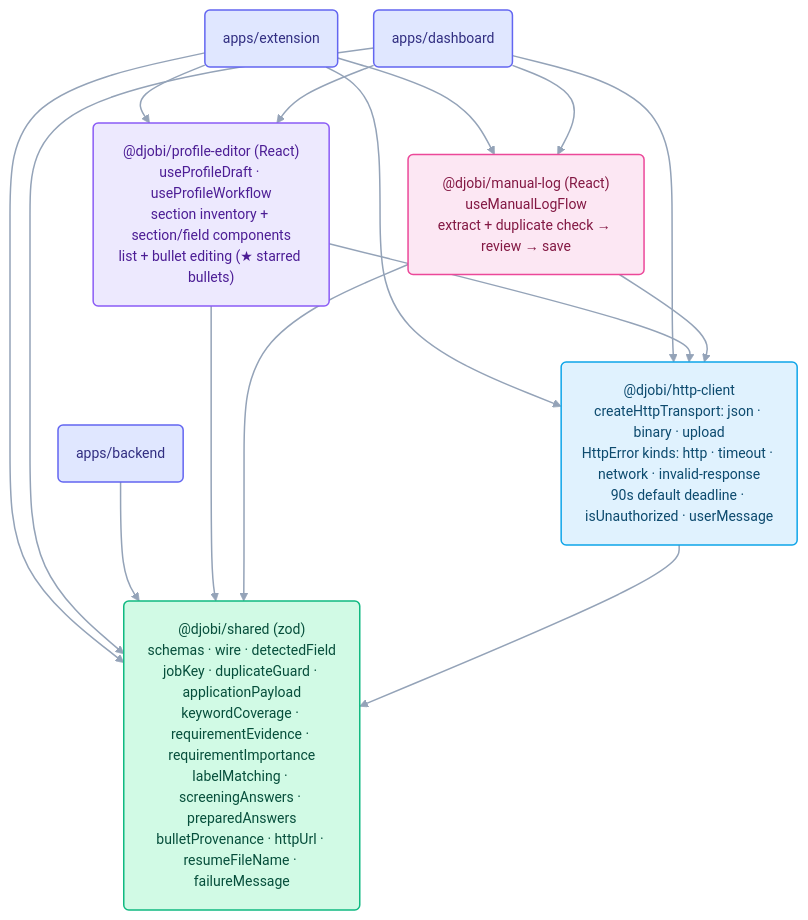
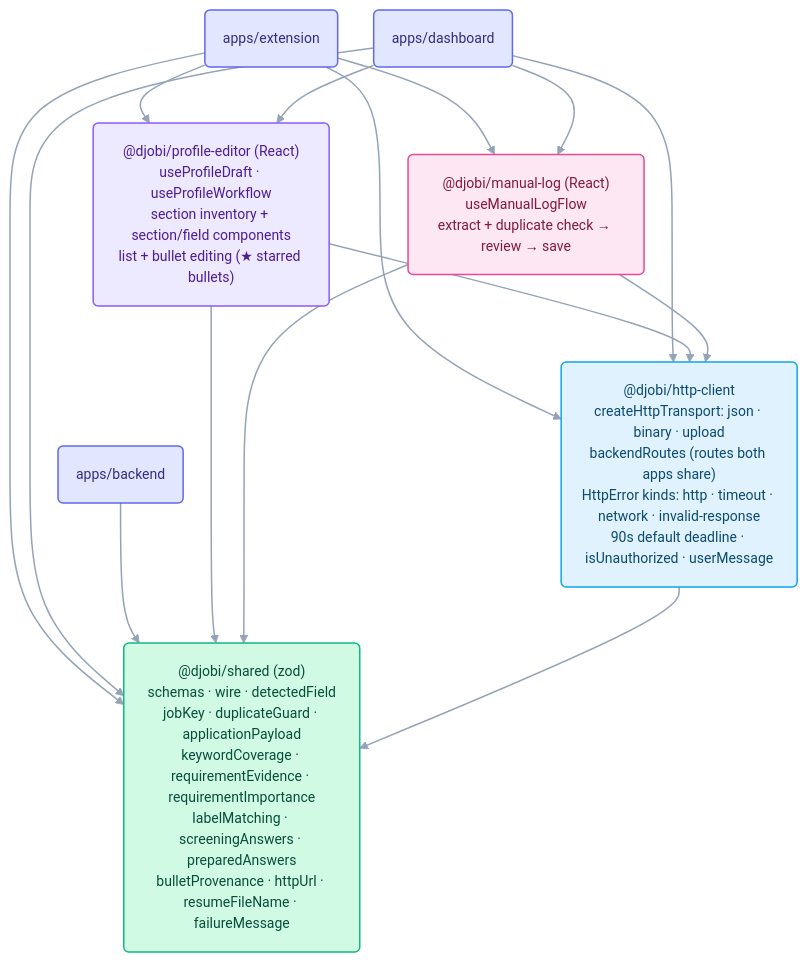
The diagram in packages/README.md (Akhtam/djobi), drawn with Mermaid before and after one commit. The commit also changed other lines of this file and 227 other files, not shown here.

````diff
--- a/packages/README.md
+++ b/packages/README.md
@@ -8,55 +8,55 @@
 ```mermaid
 ---
 config:
   theme: base
   themeVariables:
     fontFamily: "-apple-system, BlinkMacSystemFont, Segoe UI, Helvetica, Arial, sans-serif"
     fontSize: "14px"
     primaryColor: "#f1f5f9"
     primaryBorderColor: "#94a3b8"
     primaryTextColor: "#0f172a"
     textColor: "#334155"
     lineColor: "#94a3b8"
     edgeLabelBackground: "#f8fafc"
     clusterBkg: "#f8fafc"
     clusterBorder: "#cbd5e1"
     titleColor: "#64748b"
   flowchart:
     curve: basis
     padding: 18
     nodeSpacing: 36
     rankSpacing: 56
 ---
 flowchart TB
   ext("apps/extension")
   dash("apps/dashboard")
   backend("apps/backend")
 
-  http("@djobi/http-client<br/>createHttpTransport: json · binary · upload<br/>HttpError kinds: http · timeout · network · invalid-response<br/>90s default deadline · isUnauthorized · userMessage")
+  http("@djobi/http-client<br/>createHttpTransport: json · binary · upload<br/>backendRoutes (routes both apps share)<br/>HttpError kinds: http · timeout · network · invalid-response<br/>90s default deadline · isUnauthorized · userMessage")
   editor("@djobi/profile-editor (React)<br/>useProfileDraft · useProfileWorkflow<br/>section inventory + section/field components<br/>list + bullet editing (★ starred bullets)")
   manualLog("@djobi/manual-log (React)<br/>useManualLogFlow<br/>extract + duplicate check → review → save")
   shared("@djobi/shared (zod)<br/>schemas · wire · detectedField<br/>jobKey · duplicateGuard · applicationPayload<br/>keywordCoverage · requirementEvidence · requirementImportance<br/>labelMatching · screeningAnswers · preparedAnswers<br/>bulletProvenance · httpUrl · resumeFileName · failureMessage")
 
   ext --> http & editor & manualLog & shared
   dash --> http & editor & manualLog & shared
   backend --> shared
   editor --> http & shared
   manualLog --> http & shared
   http --> shared
 
   classDef page fill:#ffedd5,stroke:#f97316,stroke-width:1.5px,color:#7c2d12
   classDef worker fill:#fce7f3,stroke:#ec4899,stroke-width:1.5px,color:#831843
   classDef ui fill:#ede9fe,stroke:#8b5cf6,stroke-width:1.5px,color:#4c1d95
   classDef http fill:#e0f2fe,stroke:#0ea5e9,stroke-width:1.5px,color:#0c4a6e
   classDef data fill:#d1fae5,stroke:#10b981,stroke-width:1.5px,color:#064e3b
   classDef external fill:#fef3c7,stroke:#f59e0b,stroke-width:1.5px,color:#78350f
   classDef entry fill:#e0e7ff,stroke:#6366f1,stroke-width:1.5px,color:#312e81
   classDef danger fill:#ffe4e6,stroke:#f43f5e,stroke-width:1.5px,color:#881337
   class ext,dash,backend entry
   class http http
   class editor ui
   class manualLog worker
   class shared data
 
   linkStyle default stroke:#94a3b8,stroke-width:1.5px
 ```
````
